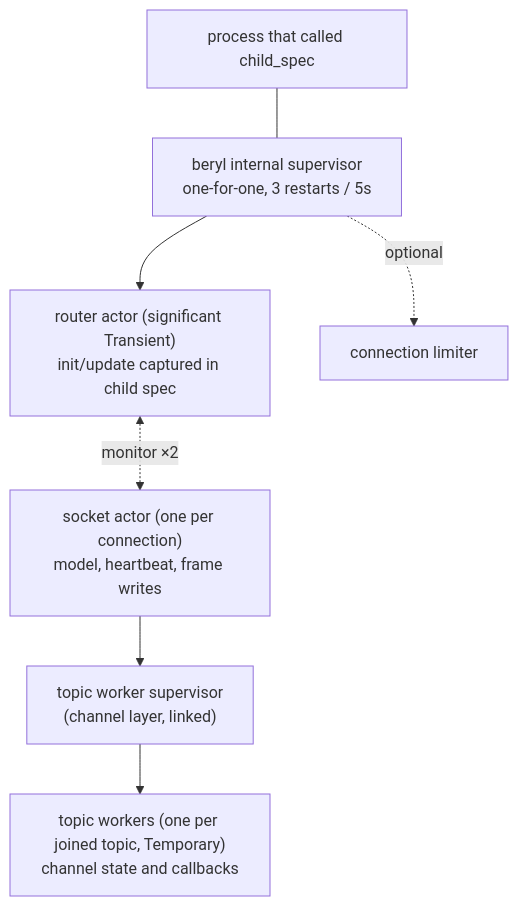
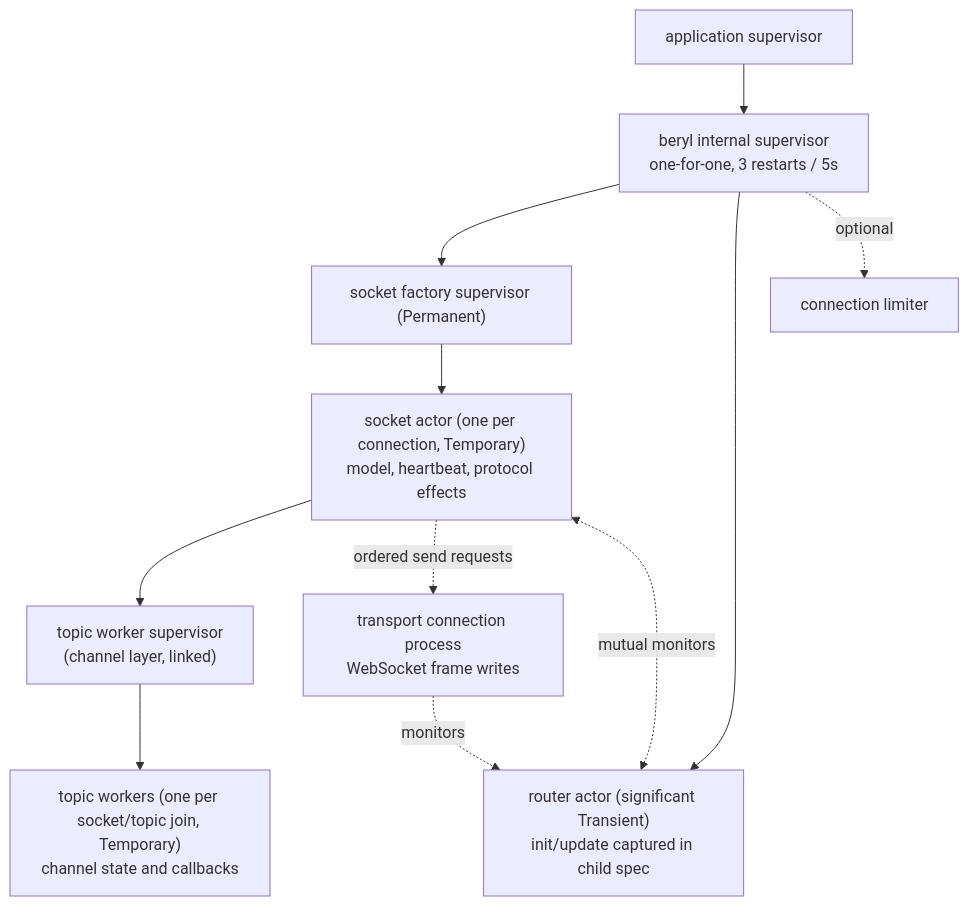
The diagram in website/src/content/docs/architecture/runtime.md (tylerbutler/beryl), drawn with Mermaid before and after one commit. The commit also changed other lines of this file and 8 other files, not shown here.

First line of the commit message:
docs: align architecture with runtime (#402)

````diff
--- a/website/src/content/docs/architecture/runtime.md
+++ b/website/src/content/docs/architecture/runtime.md
@@ -131,10 +150,14 @@
 ```mermaid
 flowchart TB
-  APP["process that called child_spec"]
-  APP --- SUP["beryl internal supervisor<br/>one-for-one, 3 restarts / 5s"]
+  APP["application supervisor"]
+  APP --> SUP["beryl internal supervisor<br/>one-for-one, 3 restarts / 5s"]
+  SUP --> FACTORY["socket factory supervisor (Permanent)"]
+  FACTORY --> SA1["socket actor (one per connection, Temporary)<br/>model, heartbeat, protocol effects"]
   SUP --> RT["router actor (significant Transient)<br/>init/update captured in child spec"]
   SUP -. optional .-> LIMITER["connection limiter"]
-  RT <-. "monitor ×2" .-> SA1["socket actor (one per connection)<br/>model, heartbeat, frame writes"]
+  RT <-. "mutual monitors" .-> SA1
   SA1 --> WS["topic worker supervisor<br/>(channel layer, linked)"]
-  WS --> W["topic workers (one per joined topic, Temporary)<br/>channel state and callbacks"]
+  WS --> W["topic workers (one per socket/topic join, Temporary)<br/>channel state and callbacks"]
+  SA1 -. "ordered send requests" .-> TRANSPORT["transport connection process<br/>WebSocket frame writes"]
+  TRANSPORT -. "monitors" .-> RT
 ```
````
